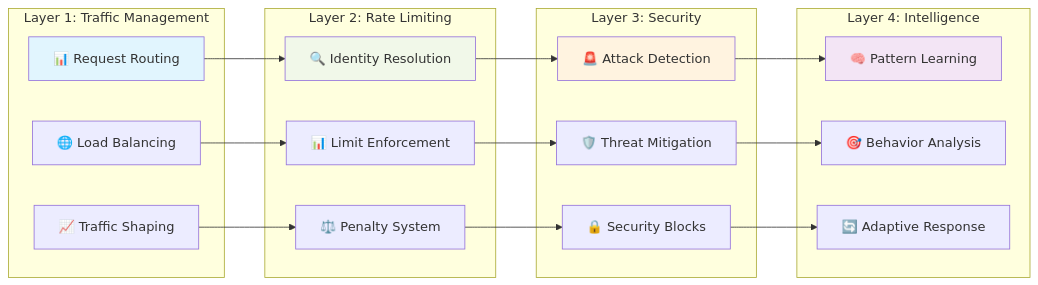
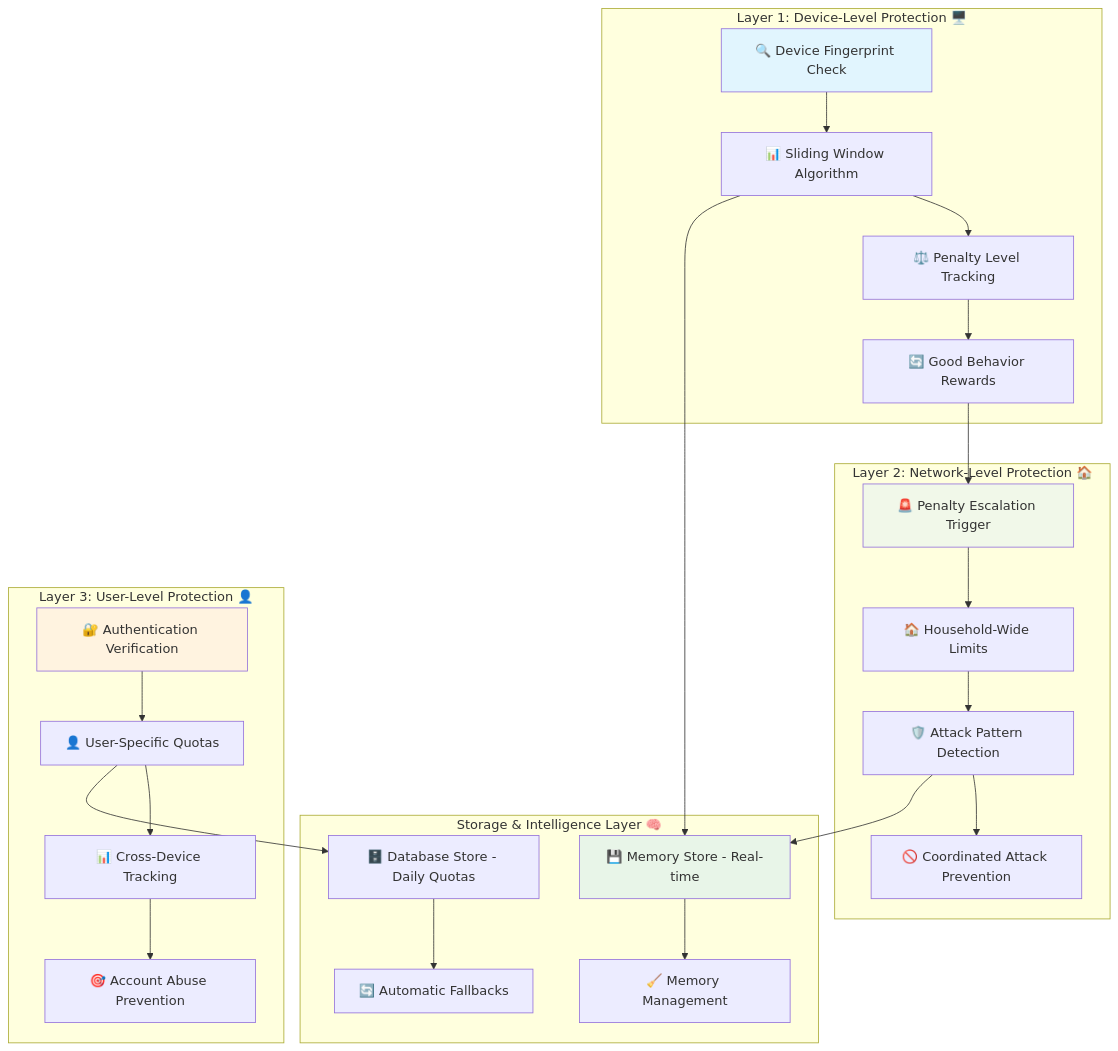
One commit to Underwood-Inc/idling.app__UI changed the sixth of 18 diagrams in DOCS/rate-limiting/index.md. Above: the diagram before and after it, drawn with Mermaid. The commit also changed other lines of this file and 30 other files, not shown here.

````diff
--- a/DOCS/rate-limiting/index.md
+++ b/DOCS/rate-limiting/index.md
@@ -131,43 +535,54 @@
 ```mermaid
-graph LR
-    subgraph "Layer 1: Traffic Management"
-        A[📊 Request Routing]
-        B[🌐 Load Balancing]
-        C[📈 Traffic Shaping]
+graph TB
+    subgraph "Layer 1: Device-Level Protection 🖥️"
+        A[🔍 Device Fingerprint Check]
+        B[📊 Sliding Window Algorithm]
+        C[⚖️ Penalty Level Tracking]
+        D[🔄 Good Behavior Rewards]
     end
 
-    subgraph "Layer 2: Rate Limiting"
-        D[🔍 Identity Resolution]
-        E[📊 Limit Enforcement]
-        F[⚖️ Penalty System]
+    subgraph "Layer 2: Network-Level Protection 🏠"
+        E[🚨 Penalty Escalation Trigger]
+        F[🏠 Household-Wide Limits]
+        G[🛡️ Attack Pattern Detection]
+        H[🚫 Coordinated Attack Prevention]
     end
 
-    subgraph "Layer 3: Security"
-        G[🚨 Attack Detection]
-        H[🛡️ Threat Mitigation]
-        I[🔒 Security Blocks]
+    subgraph "Layer 3: User-Level Protection 👤"
+        I[🔐 Authentication Verification]
+        J[👤 User-Specific Quotas]
+        K[📊 Cross-Device Tracking]
+        L[🎯 Account Abuse Prevention]
     end
 
-    subgraph "Layer 4: Intelligence"
-        J[🧠 Pattern Learning]
-        K[🎯 Behavior Analysis]
-        L[🔄 Adaptive Response]
+    subgraph "Storage & Intelligence Layer 🧠"
+        M[💾 Memory Store - Real-time]
+        N[🗄️ Database Store - Daily Quotas]
+        O[🔄 Automatic Fallbacks]
+        P[🧹 Memory Management]
     end
 
-    A --> D
-    B --> E
-    C --> F
+    A --> B
+    B --> C
+    C --> D
+    D --> E
 
-    D --> G
-    E --> H
-    F --> I
+    E --> F
+    F --> G
+    G --> H
 
-    G --> J
-    H --> K
-    I --> L
+    I --> J
+    J --> K
+    K --> L
+
+    B --> M
+    G --> M
+    J --> N
+    N --> O
+    M --> P
 
     style A fill:#e1f5fe
-    style D fill:#f1f8e9
-    style G fill:#fff3e0
-    style J fill:#f3e5f5
+    style E fill:#f1f8e9
+    style I fill:#fff3e0
+    style M fill:#e8f5e8
 ```
````
